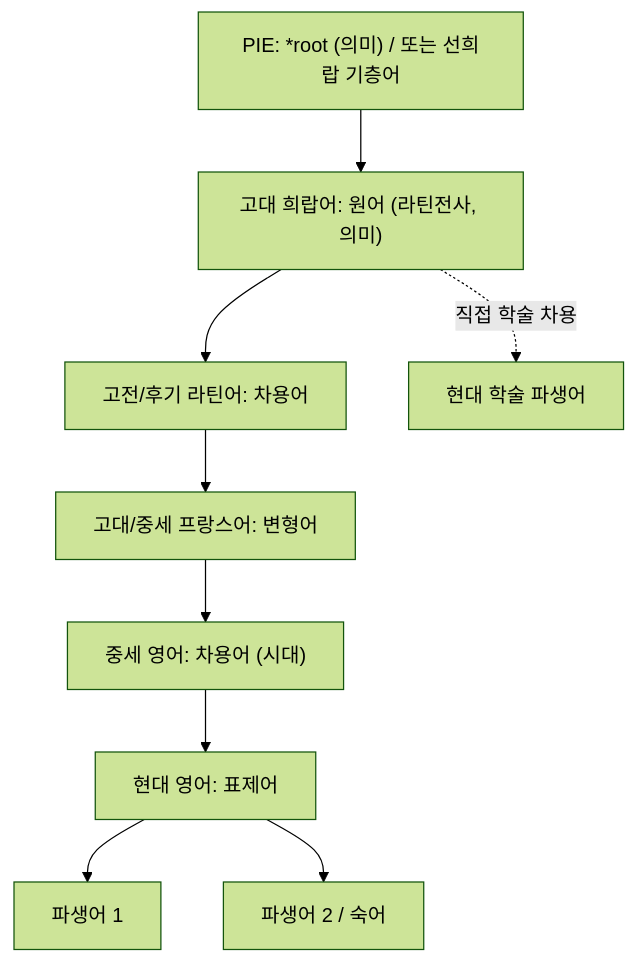
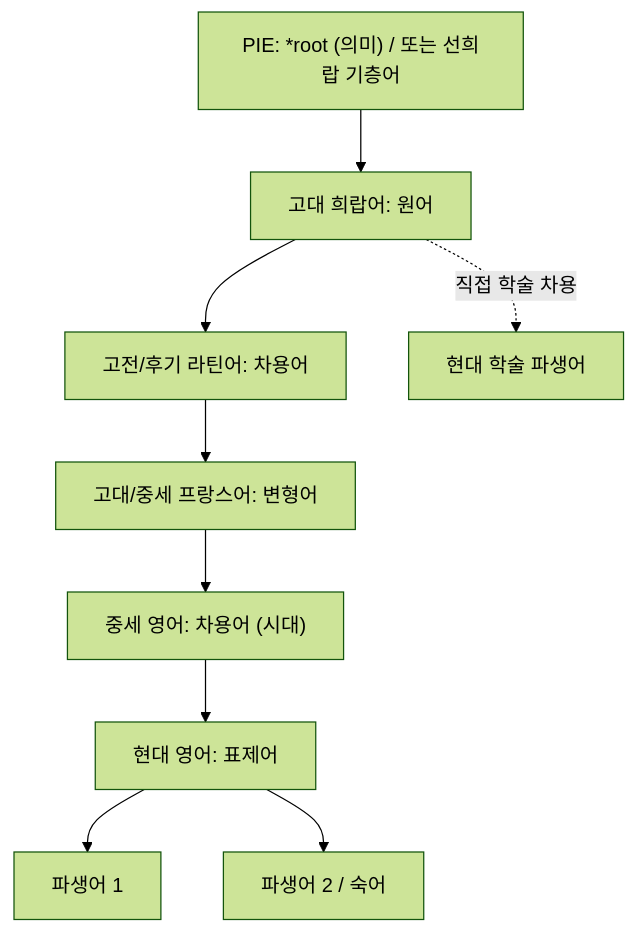
One commit to YgHnSIM/Homer_wiki changed the diagram in words/_template.md. Above: the diagram before and after it, drawn with Mermaid (forest theme). The commit also changed other lines of this file and 28 other files, not shown here.

````diff
--- a/words/_template.md
+++ b/words/_template.md
@@ -24,14 +34,14 @@
 ```mermaid
 graph TD
     %% 기본 어원 전파 경로
-    PIE["PIE: *root (의미) / 또는 선희랍 기층어"] --> GRK["고대 희랍어: 원어 (라틴전사, 의미)"]
+    PIE["PIE: *root (의미) / 또는 선희랍 기층어"] --> GRK["고대 희랍어: 원어"]
     GRK --> LAT["고전/후기 라틴어: 차용어"]
     LAT --> OFR["고대/중세 프랑스어: 변형어"]
     OFR --> ME["중세 영어: 차용어 (시대)"]
     ME --> MOD["현대 영어: 표제어"]
 
     %% 현대 파생어 및 학술 차용 분기
     MOD --> DERIV1["파생어 1"]
     MOD --> DERIV2["파생어 2 / 숙어"]
     GRK -.->|직접 학술 차용| MOD2["현대 학술 파생어"]
 ```
````
